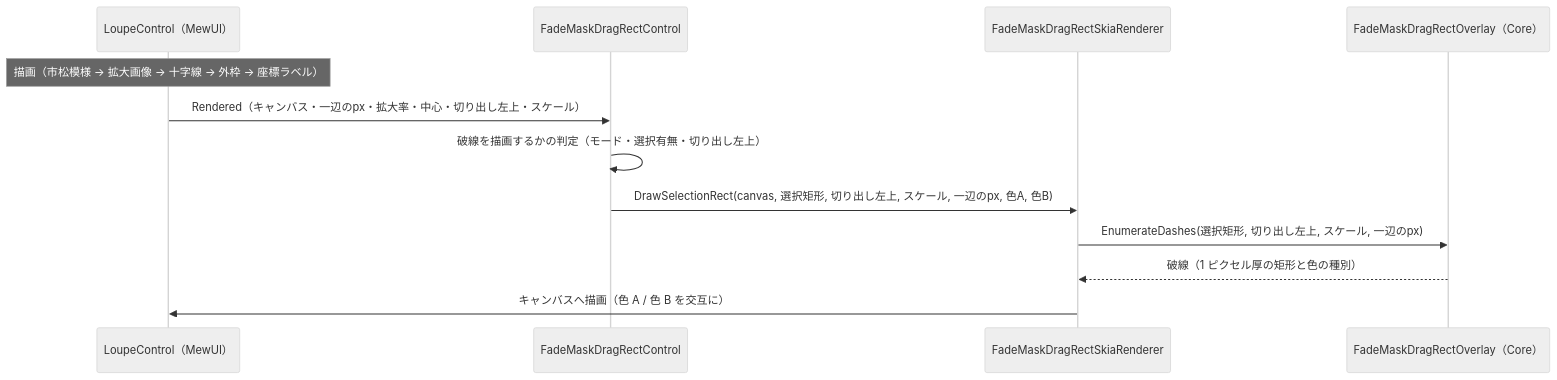
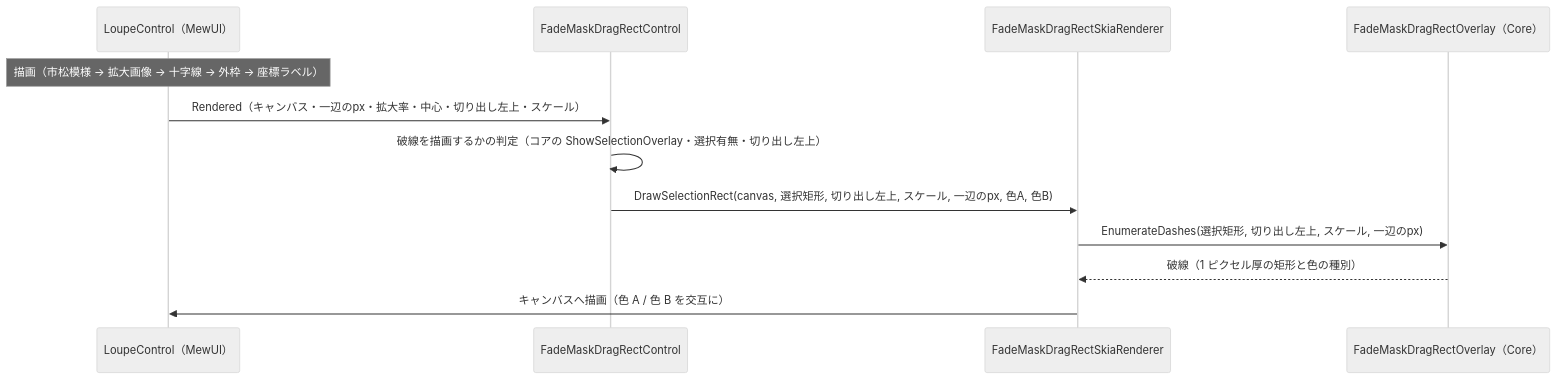
Before and after one commit to tomokuni/SaveEvidence: the third of 4 diagrams in src/FadeMaskDragRectControl.MewUI/SPEC_System.md, drawn with Mermaid (neutral theme). The commit also changed other lines of this file and 39 other files, not shown here.

````diff
--- a/src/FadeMaskDragRectControl.MewUI/SPEC_System.md
+++ b/src/FadeMaskDragRectControl.MewUI/SPEC_System.md
@@ -206,15 +214,15 @@
 ```mermaid
 sequenceDiagram
     participant Loupe as LoupeControl（MewUI）
     participant Facade as FadeMaskDragRectControl
     participant Renderer as FadeMaskDragRectSkiaRenderer
     participant Core as FadeMaskDragRectOverlay（Core）
 
     Note over Loupe: 描画（市松模様 → 拡大画像 → 十字線 → 外枠 → 座標ラベル）
     Loupe->>Facade: Rendered（キャンバス・一辺のpx・拡大率・中心・切り出し左上・スケール）
-    Facade->>Facade: 破線を描画するかの判定（モード・選択有無・切り出し左上）
+    Facade->>Facade: 破線を描画するかの判定（コアの ShowSelectionOverlay・選択有無・切り出し左上）
     Facade->>Renderer: DrawSelectionRect(canvas, 選択矩形, 切り出し左上, スケール, 一辺のpx, 色A, 色B)
     Renderer->>Core: EnumerateDashes(選択矩形, 切り出し左上, スケール, 一辺のpx)
     Core-->>Renderer: 破線（1 ピクセル厚の矩形と色の種別）
     Renderer->>Loupe: キャンバスへ描画（色 A / 色 B を交互に）
 ```
````
